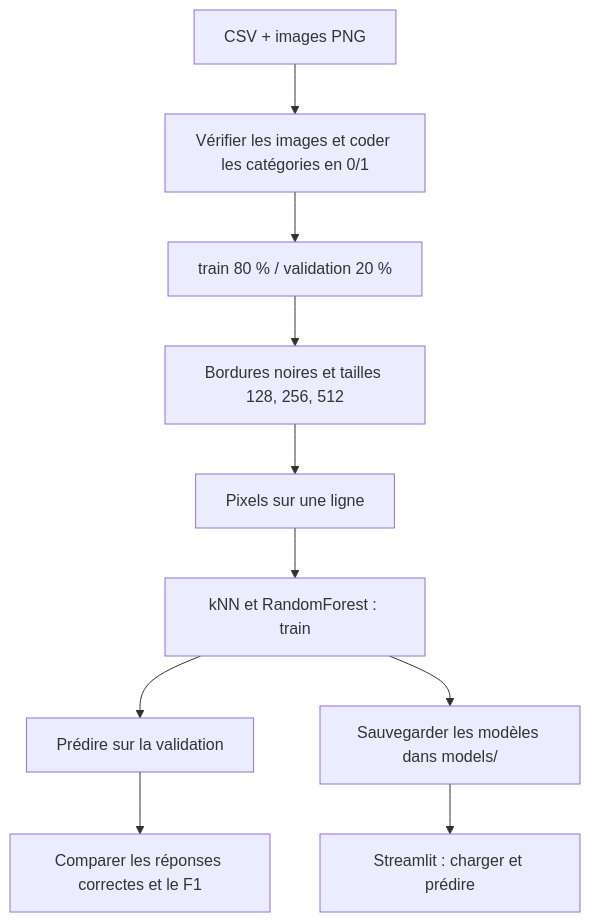
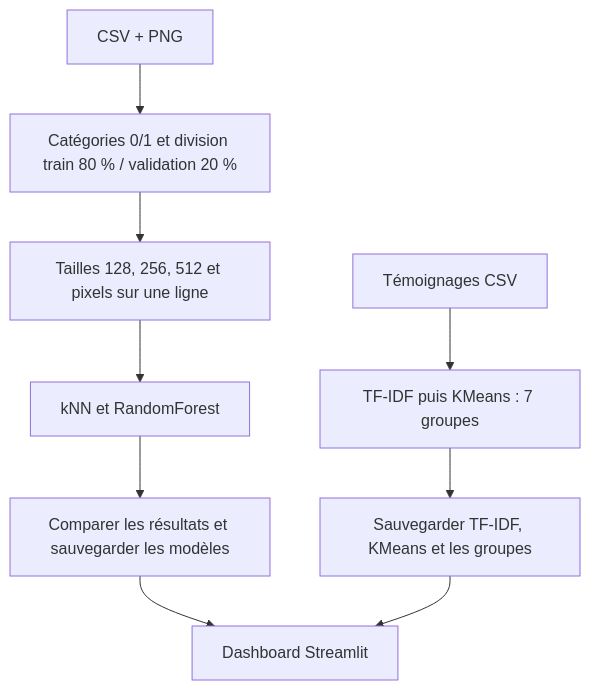
Before and after one commit to AlexandrG1209/cvrie: the diagram in README.md, drawn with Mermaid. The commit also changed other lines of this file and 7 other files, not shown here.

````diff
--- a/README.md
+++ b/README.md
@@ -5,12 +5,11 @@
 ```mermaid
 flowchart TD
-    A[CSV + images PNG] --> B[Vérifier les images et coder les catégories en 0/1]
-    B --> C[train 80 % / validation 20 %]
-    C --> D[Bordures noires et tailles 128, 256, 512]
-    D --> E[Pixels sur une ligne]
-    E --> F[kNN et RandomForest : train]
-    F --> G[Prédire sur la validation]
-    G --> H[Comparer les réponses correctes et le F1]
-    F --> I[Sauvegarder les modèles dans models/]
-    I --> J[Streamlit : charger et prédire]
+    A[CSV + PNG] --> B[Catégories 0/1 et division train 80 % / validation 20 %]
+    B --> C[Tailles 128, 256, 512 et pixels sur une ligne]
+    C --> D[kNN et RandomForest]
+    D --> E[Comparer les résultats et sauvegarder les modèles]
+    E --> F[Dashboard Streamlit]
+    G[Témoignages CSV] --> H[TF-IDF puis KMeans : 7 groupes]
+    H --> I[Sauvegarder TF-IDF, KMeans et les groupes]
+    I --> F
 ```
````
